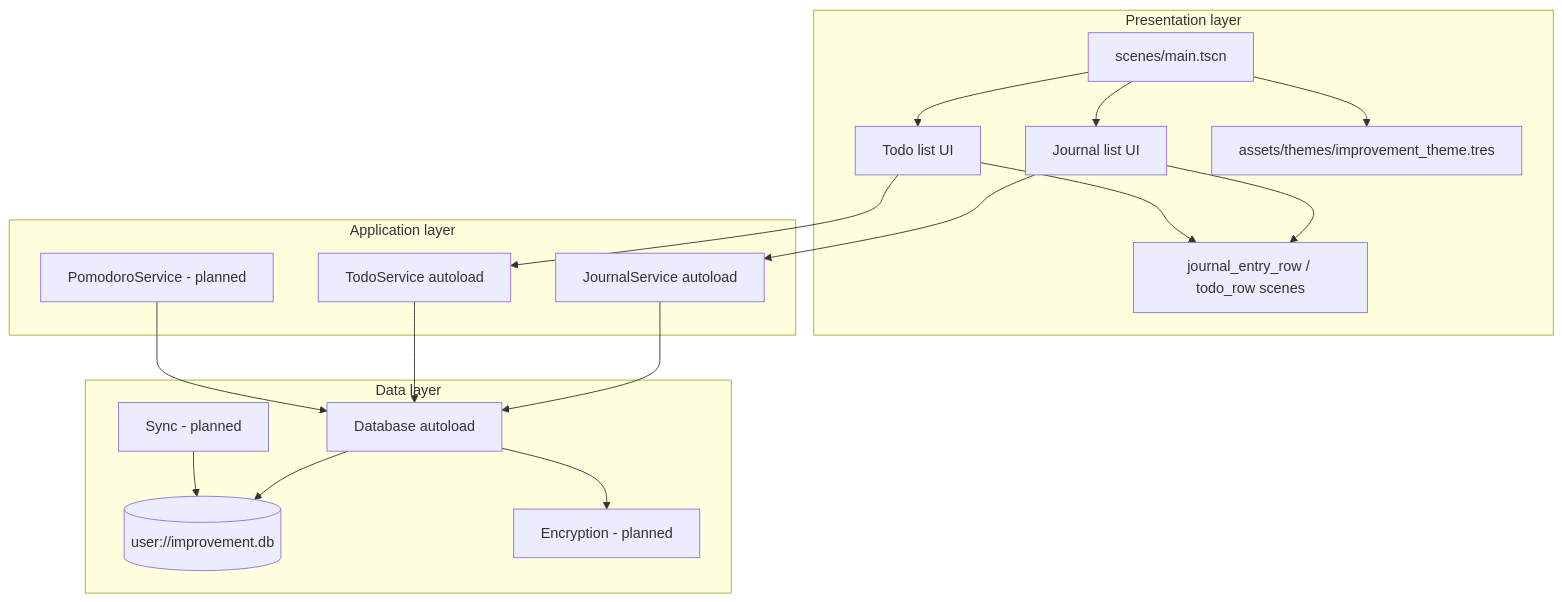
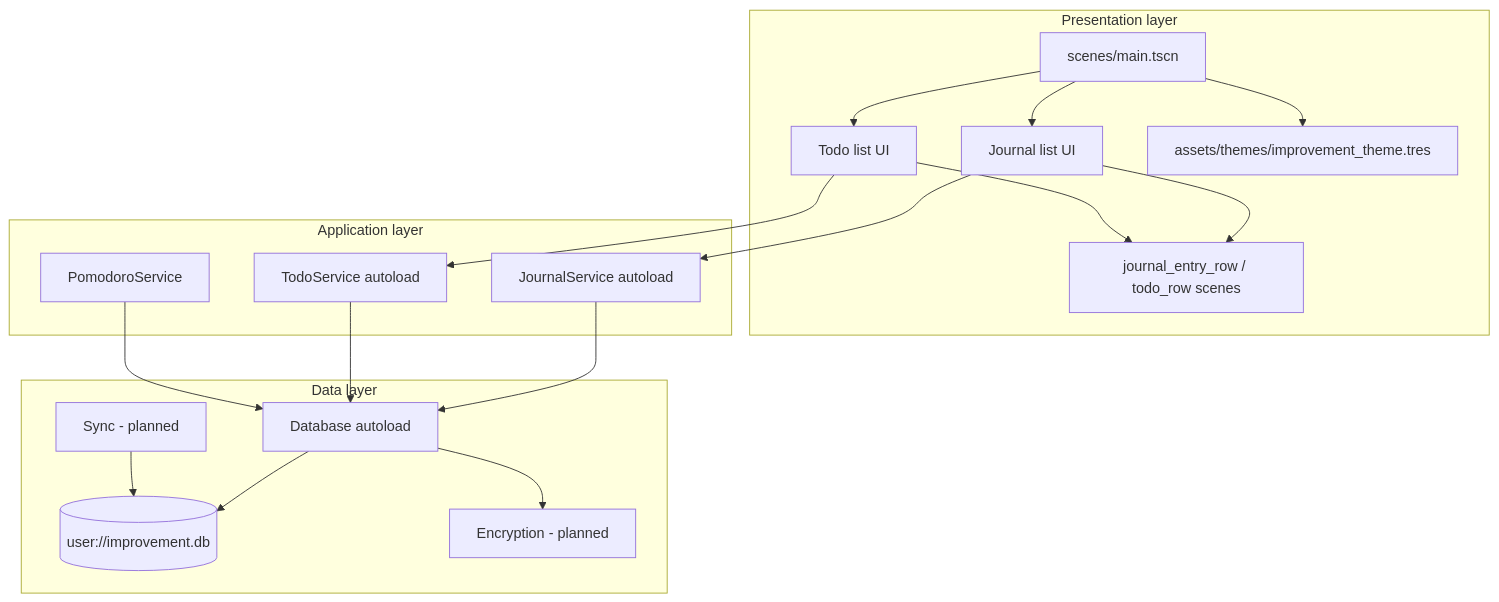
Before and after one commit to dgraham-io/improvement: the diagram in docs/architecture.md, drawn with Mermaid. The commit also changed other lines of this file and 11 other files, not shown here.

````diff
--- a/docs/architecture.md
+++ b/docs/architecture.md
@@ -27,37 +27,37 @@
 ```mermaid
 flowchart TB
   subgraph presentation [Presentation layer]
 	Main[scenes/main.tscn]
 	JournalUI[Journal list UI]
 	TodoUI[Todo list UI]
 	Theme[assets/themes/improvement_theme.tres]
 	RowScenes[journal_entry_row / todo_row scenes]
 	Main --> JournalUI
 	Main --> TodoUI
 	Main --> Theme
 	JournalUI --> RowScenes
 	TodoUI --> RowScenes
   end
 
   subgraph application [Application layer]
 	JournalSvc[JournalService autoload]
 	TodoSvc[TodoService autoload]
-	TimerSvc[PomodoroService - planned]
+	TimerSvc[PomodoroService]
   end
 
   subgraph data [Data layer]
 	DbAutoload[Database autoload]
 	SQLite[(user://improvement.db)]
 	Crypto[Encryption - planned]
 	Sync[Sync - planned]
 	DbAutoload --> SQLite
 	DbAutoload --> Crypto
 	Sync --> SQLite
   end
 
   JournalUI --> JournalSvc
   TodoUI --> TodoSvc
   JournalSvc --> DbAutoload
   TodoSvc --> DbAutoload
   TimerSvc --> DbAutoload
 ```
````
